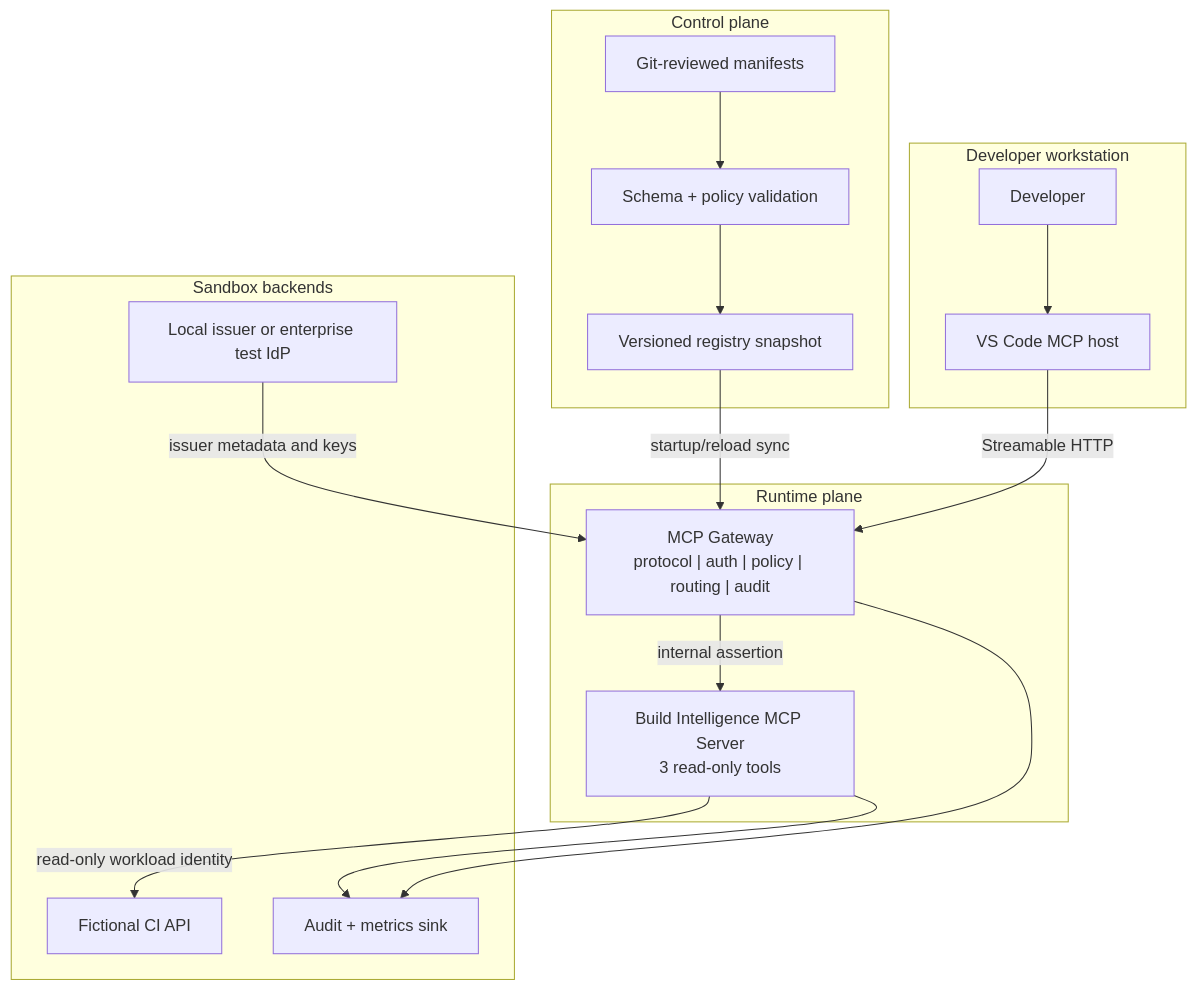
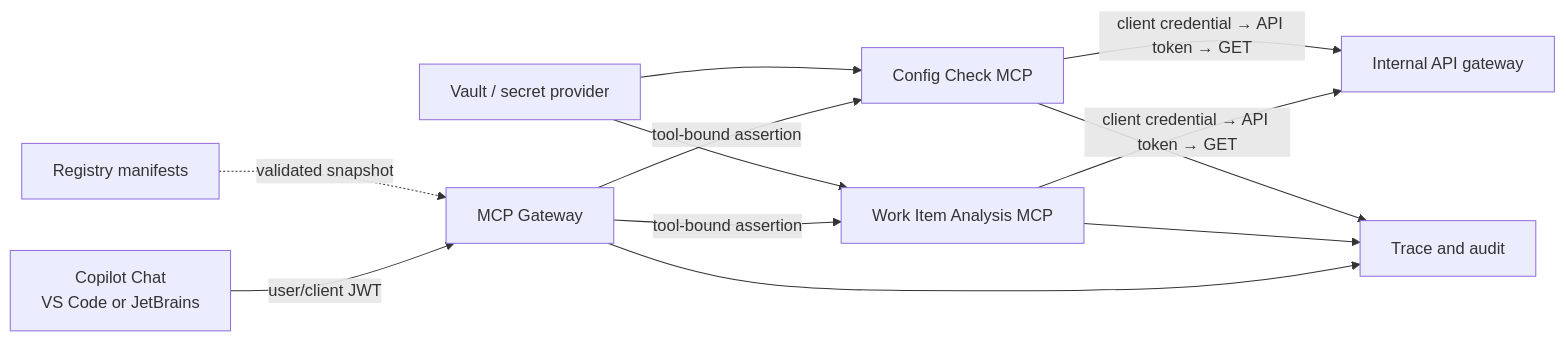
One commit to bipinhcs11/Agentic-AI-Learning-Roadmap changed the first of 2 diagrams in Phase13_Enterprise_MCP_Ecosystem/docs/reference-architecture.md. Above: the diagram before and after it, drawn with Mermaid. The commit also changed other lines of this file and 57 other files, not shown here.

````diff
--- a/Phase13_Enterprise_MCP_Ecosystem/docs/reference-architecture.md
+++ b/Phase13_Enterprise_MCP_Ecosystem/docs/reference-architecture.md
@@ -28,30 +11,14 @@
 ```mermaid
-flowchart TB
-    subgraph ClientBoundary["Developer workstation"]
-        D["Developer"] --> V["VS Code MCP host"]
-    end
-
-    subgraph Runtime["Runtime plane"]
-        G["MCP Gateway\nprotocol | auth | policy | routing | audit"]
-        S["Build Intelligence MCP Server\n3 read-only tools"]
-    end
-
-    subgraph Control["Control plane"]
-        M["Git-reviewed manifests"] --> X["Schema + policy validation"]
-        X --> R["Versioned registry snapshot"]
-    end
-
-    subgraph Backends["Sandbox backends"]
-        C["Fictional CI API"]
-        A["Audit + metrics sink"]
-        I["Local issuer or enterprise test IdP"]
-    end
-
-    V -->|"Streamable HTTP"| G
-    I -->|"issuer metadata and keys"| G
-    R -->|"startup/reload sync"| G
-    G -->|"internal assertion"| S
-    S -->|"read-only workload identity"| C
-    G --> A
-    S --> A
+flowchart LR
+    IDE["Copilot Chat<br/>VS Code or JetBrains"] -->|"user/client JWT"| GW["MCP Gateway"]
+    REG["Registry manifests"] -. "validated snapshot" .-> GW
+    GW -->|"tool-bound assertion"| WI["Work Item Analysis MCP"]
+    GW -->|"tool-bound assertion"| CC["Config Check MCP"]
+    WI -->|"client credential → API token → GET"| API["Internal API gateway"]
+    CC -->|"client credential → API token → GET"| API
+    SEC["Vault / secret provider"] --> WI
+    SEC --> CC
+    GW --> OBS["Trace and audit"]
+    WI --> OBS
+    CC --> OBS
 ```
````
